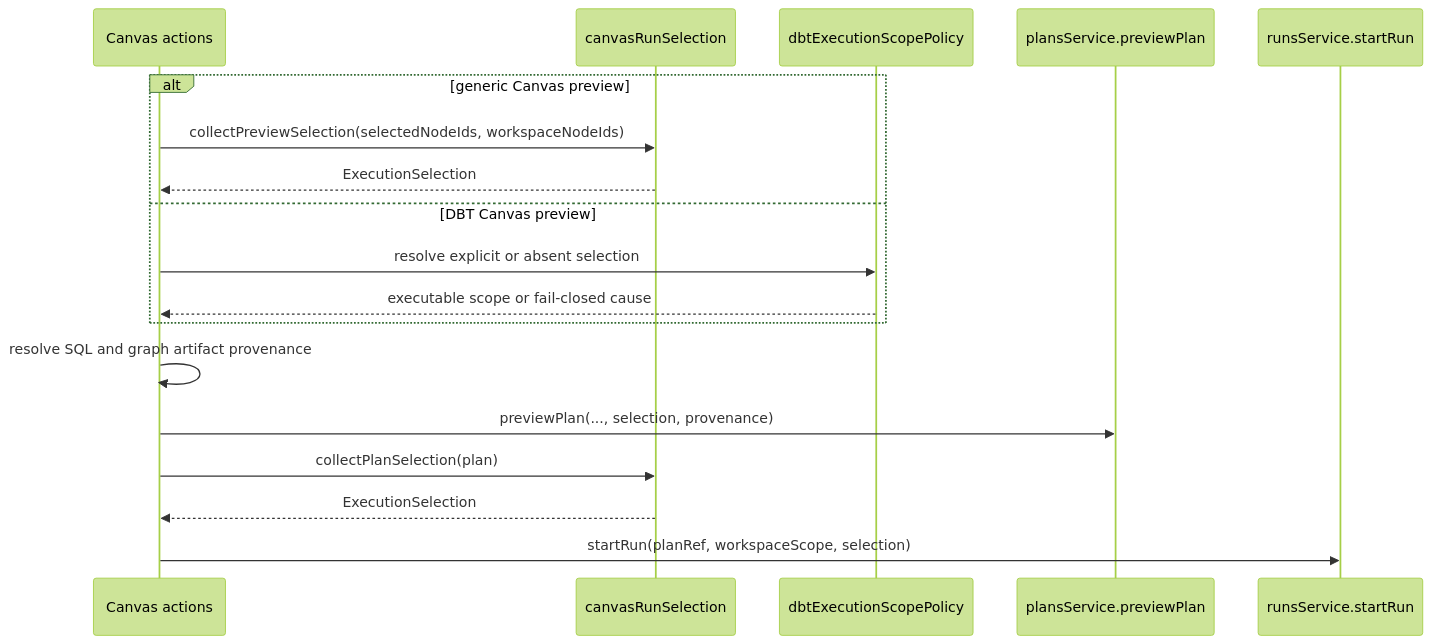
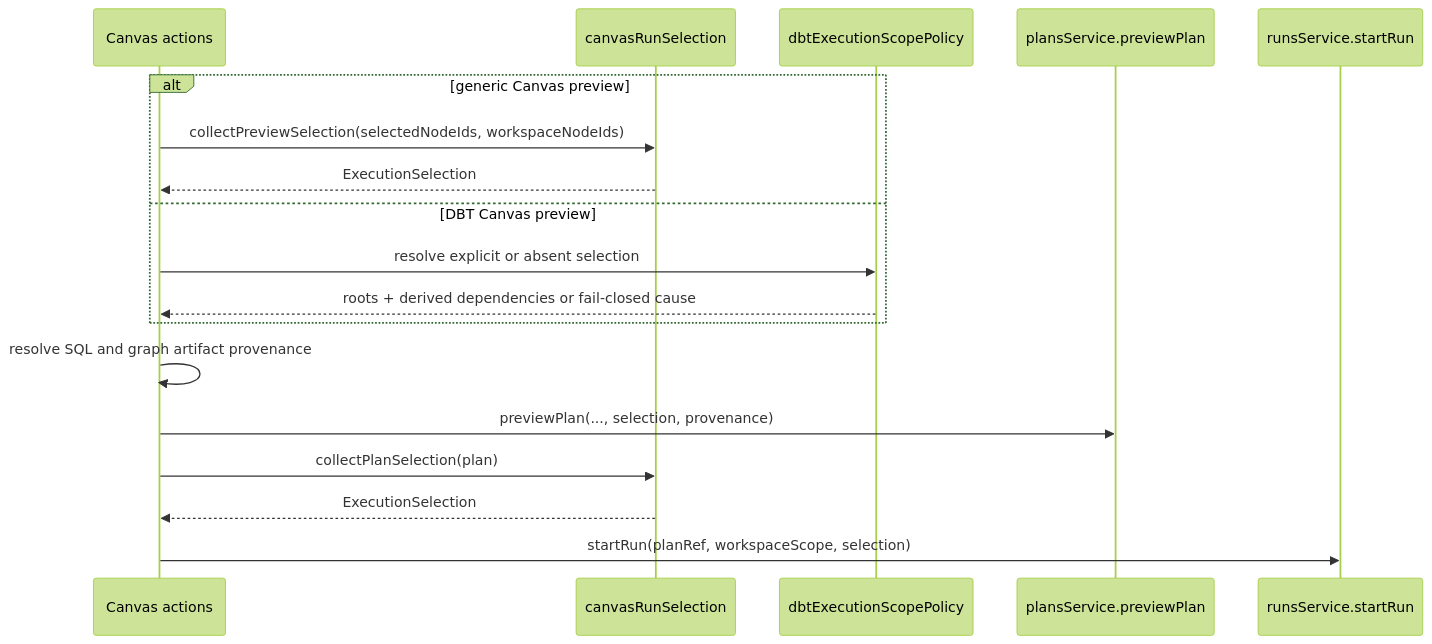
Before and after one commit to dunay2/dvt: the second of 5 diagrams in docs/architecture/components/web/graph/canvas-execution-selection-component.md, drawn with Mermaid (forest theme). The commit also changed other lines of this file and 1 other file, not shown here.

Commit message:
docs(web): Govern DBT selection intent integrity

````diff
--- a/docs/architecture/components/web/graph/canvas-execution-selection-component.md
+++ b/docs/architecture/components/web/graph/canvas-execution-selection-component.md
@@ -108,22 +125,22 @@
 ```mermaid
 sequenceDiagram
   participant Canvas as Canvas actions
   participant Selection as canvasRunSelection
   participant DbtScope as dbtExecutionScopePolicy
   participant Plans as plansService.previewPlan
   participant Runs as runsService.startRun
 
   alt generic Canvas preview
     Canvas->>Selection: collectPreviewSelection(selectedNodeIds, workspaceNodeIds)
     Selection-->>Canvas: ExecutionSelection
   else DBT Canvas preview
     Canvas->>DbtScope: resolve explicit or absent selection
-    DbtScope-->>Canvas: executable scope or fail-closed cause
+    DbtScope-->>Canvas: roots + derived dependencies or fail-closed cause
   end
   Canvas->>Canvas: resolve SQL and graph artifact provenance
   Canvas->>Plans: previewPlan(..., selection, provenance)
 
   Canvas->>Selection: collectPlanSelection(plan)
   Selection-->>Canvas: ExecutionSelection
   Canvas->>Runs: startRun(planRef, workspaceScope, selection)
 ```
````
